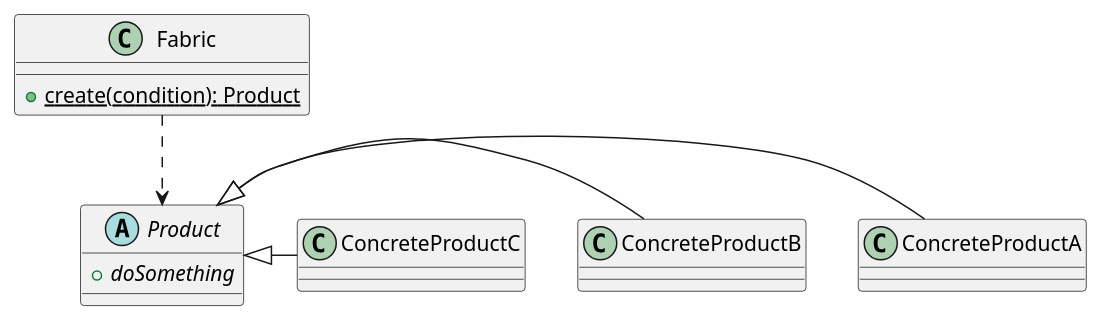
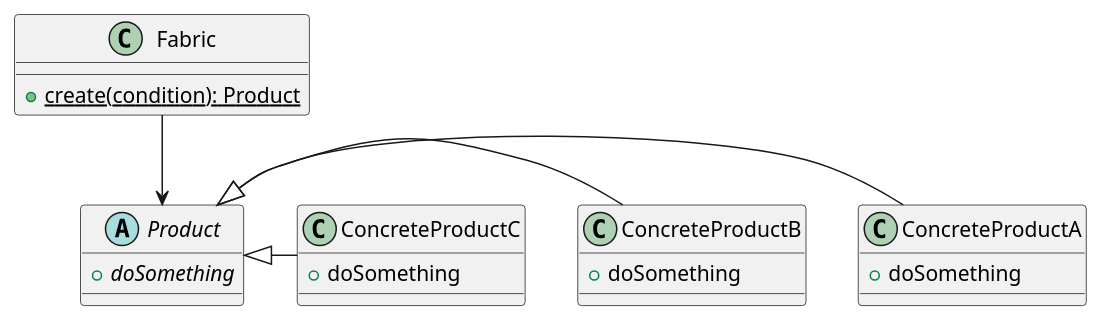
The diagram in cp-samples/src/cp/samples/factories/factory-method/_factory-method-diagram.iuml (paguerre3/creational-patterns), drawn with PlantUML before and after one commit. The commit also changed 1 other file, not shown here.

```diff
--- a/cp-samples/src/cp/samples/factories/factory-method/_factory-method-diagram.iuml
+++ b/cp-samples/src/cp/samples/factories/factory-method/_factory-method-diagram.iuml
@@ -1,17 +1,28 @@
 @startuml
 class Fabric {
  +{static} create(condition): Product
 }
+
 abstract class Product
 {
  +{abstract} doSomething 
 }
+
 class ConcreteProductA
+{
+ +doSomething 
+}
 class ConcreteProductB
+{
+ +doSomething 
+}
 class ConcreteProductC
+{
+ +doSomething 
+}
 
-Fabric ..> Product
+Fabric --> Product
 Product <|– ConcreteProductA
 Product <|– ConcreteProductB
 Product <|– ConcreteProductC
 @enduml
```
